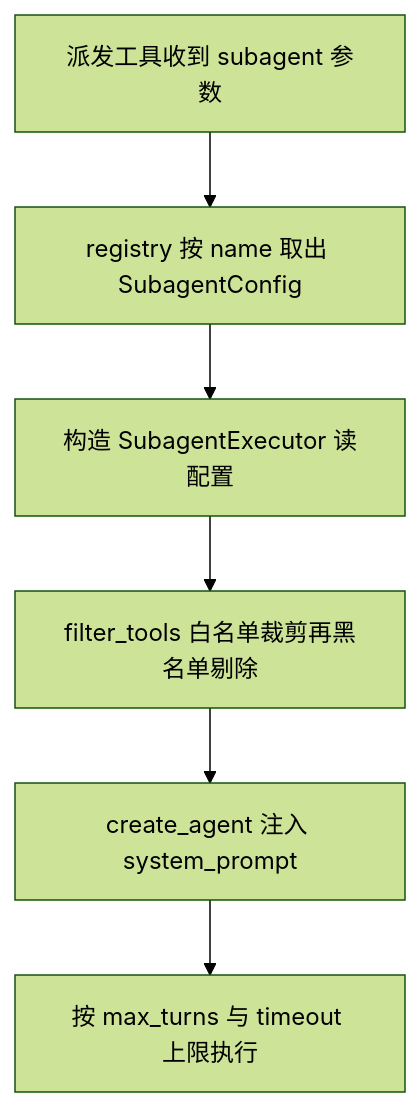
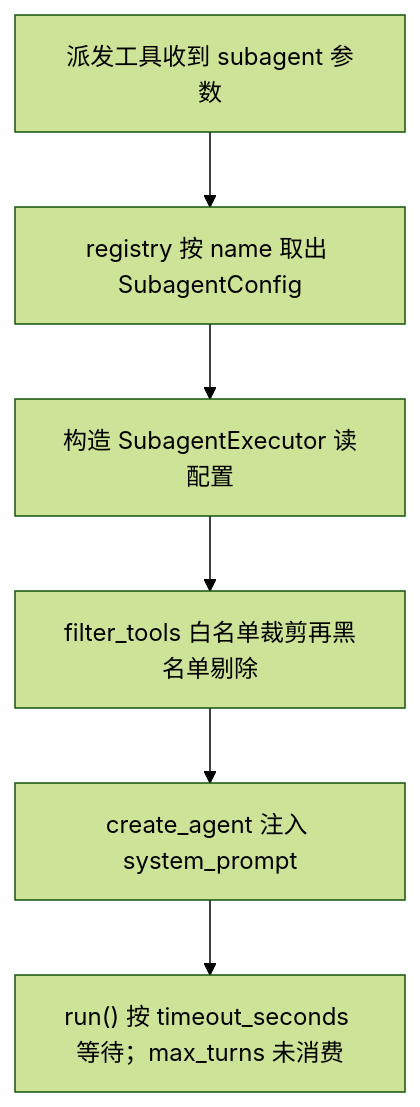
One commit to G0-000/AgentFlow changed the diagram in doc/doc-code/subagents/config.md. Above: the diagram before and after it, drawn with Mermaid (forest theme). The commit also changed other lines of this file and 36 other files, not shown here.

````diff
--- a/doc/doc-code/subagents/config.md
+++ b/doc/doc-code/subagents/config.md
@@ -74,8 +76,8 @@
 ```mermaid
 flowchart TD
     A["派发工具收到 subagent 参数"] --> B["registry 按 name 取出 SubagentConfig"]
     B --> C["构造 SubagentExecutor 读配置"]
     C --> D["filter_tools 白名单裁剪再黑名单剔除"]
     D --> E["create_agent 注入 system_prompt"]
-    E --> F["按 max_turns 与 timeout 上限执行"]
+    E --> F["run() 按 timeout_seconds 等待；max_turns 未消费"]
 ```
````
